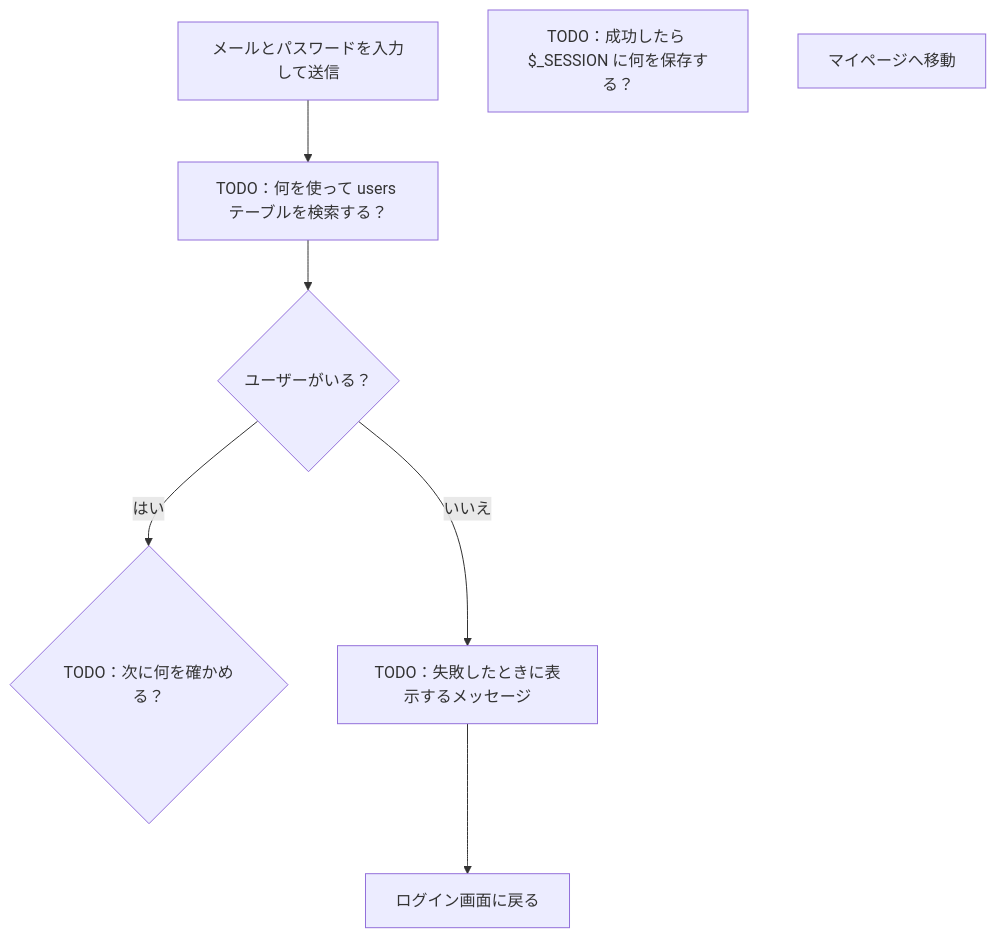
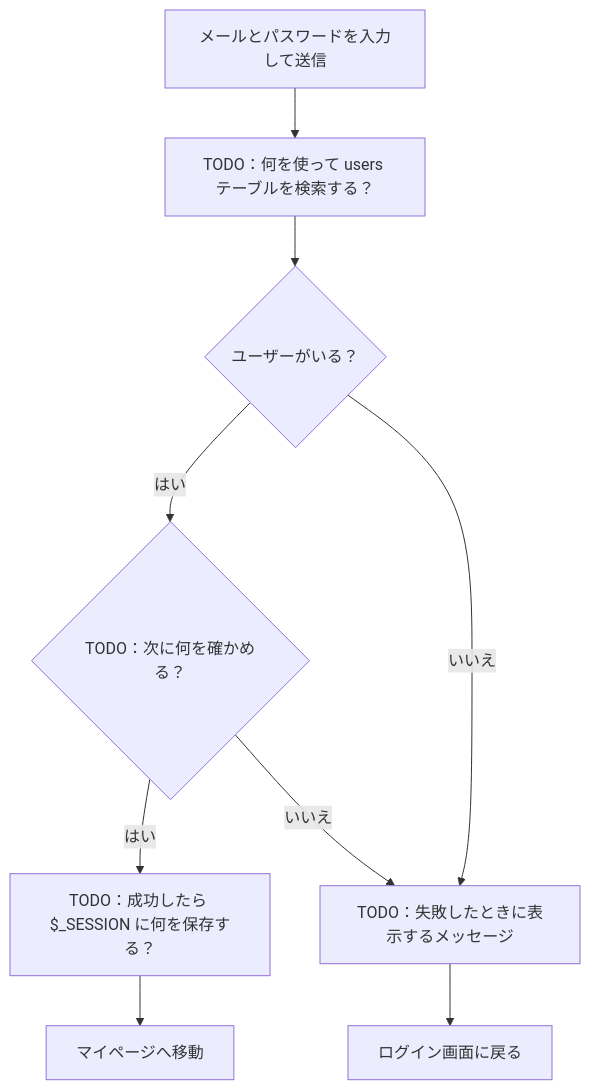
The diagram in public_html/docs/login-design.md (2501281-abcc/guzzu.ec-sight), drawn with Mermaid before and after one commit. The commit also changed other lines of this file, not shown here.

Commit message:
docs: ログイン画面の設計書を追加

````diff
--- a/public_html/docs/login-design.md
+++ b/public_html/docs/login-design.md
@@ -19,19 +19,20 @@
 ```mermaid
 flowchart TD
     A["メールとパスワードを入力して送信"]
     B["TODO：何を使って users テーブルを検索する？"]
     C{"ユーザーがいる？"}
     D{"TODO：次に何を確かめる？"}
     E["TODO：失敗したときに表示するメッセージ"]
     F["TODO：成功したら $_SESSION に何を保存する？"]
     G["マイページへ移動"]
     H["ログイン画面に戻る"]
 
     A --> B
     B --> C
     C -->|はい| D
     C -->|いいえ| E
     E --> H
-    %% TODO：D から「はい」と「いいえ」の矢印を1本ずつ書く
-    %% TODO：F から G への矢印を書く
+    D -->|はい|F
+    D -->|いいえ|E
+    F --> G
 ```
````
